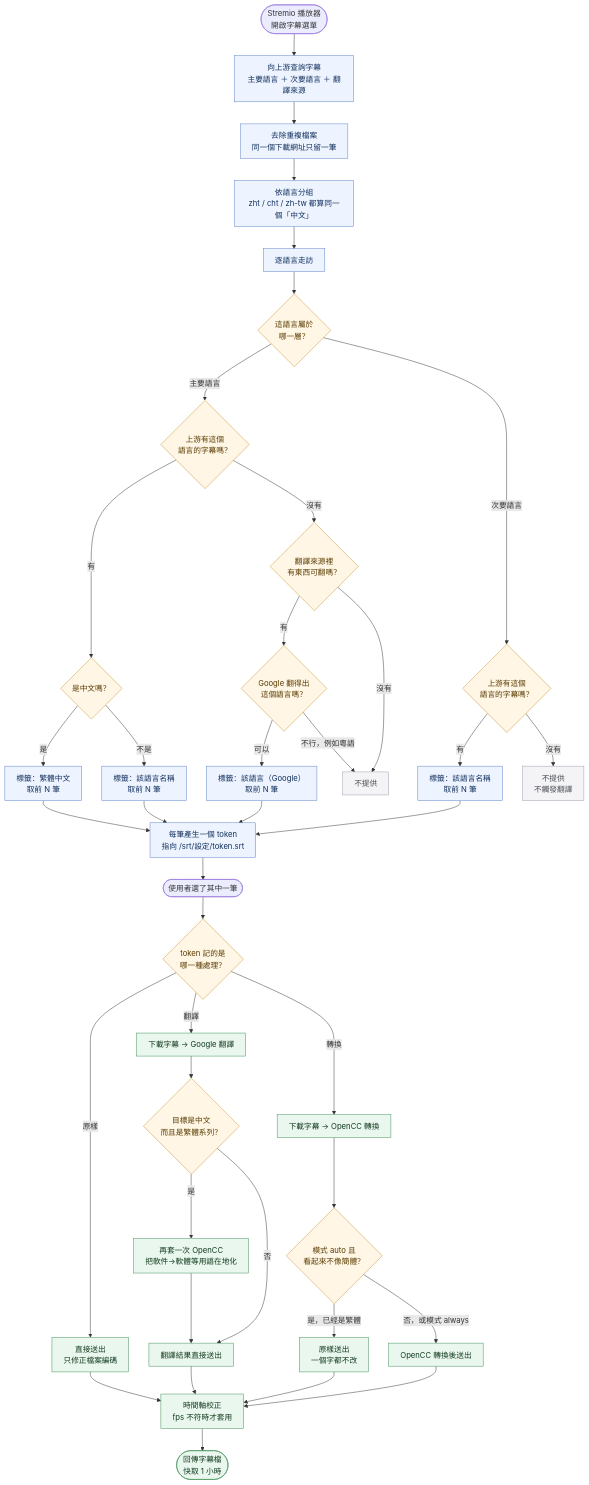
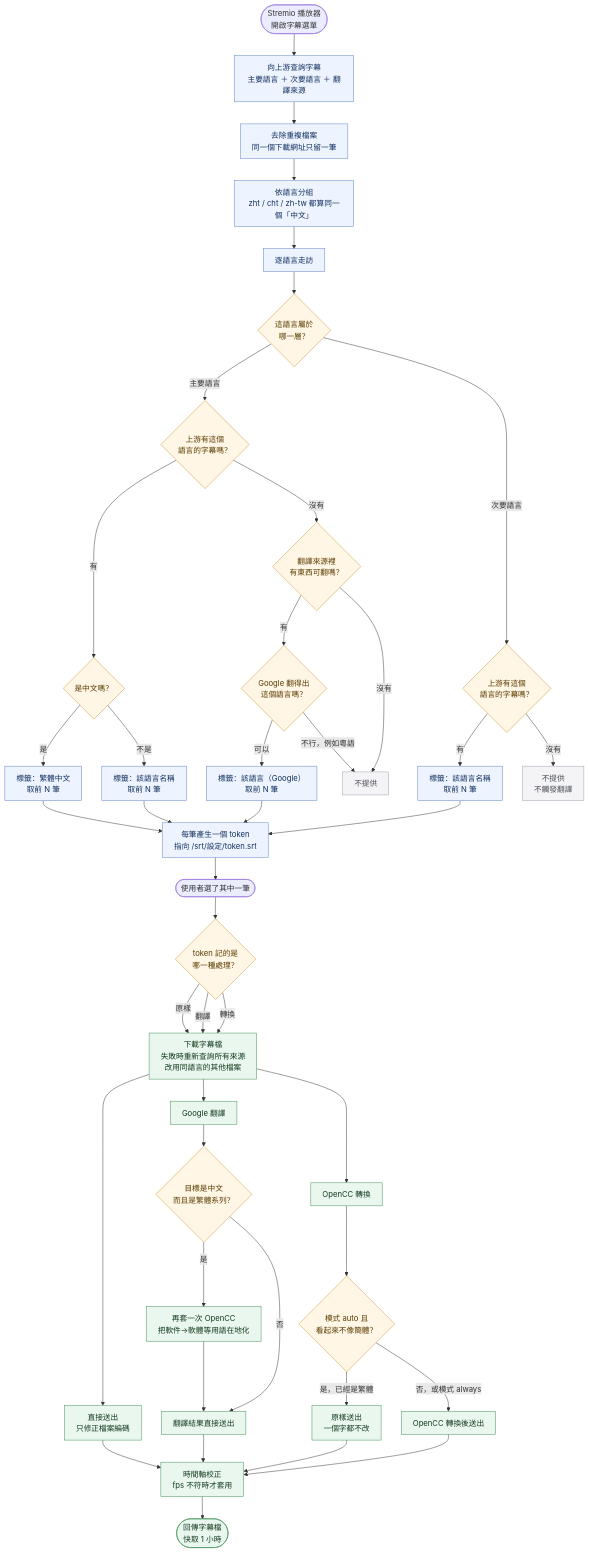
Before and after one commit to iamkuo/stremio_sub_plugin: the diagram in docs/subtitle-flow.mmd, drawn with Mermaid. The commit also changed 2 other files, not shown here.

```diff
--- a/docs/subtitle-flow.mmd
+++ b/docs/subtitle-flow.mmd
@@ -1,68 +1,72 @@
 ---
 config:
   flowchart:
     curve: basis
     nodeSpacing: 42
     rankSpacing: 46
     padding: 12
 ---
 flowchart TD
   START(["Stremio 播放器<br/>開啟字幕選單"]) --> FETCH["向上游查詢字幕<br/>主要語言 ＋ 次要語言 ＋ 翻譯來源"]
   FETCH --> DEDUP["去除重複檔案<br/>同一個下載網址只留一筆"]
   DEDUP --> GROUP["依語言分組<br/>zht / cht / zh-tw 都算同一個「中文」"]
   GROUP --> EACH["逐語言走訪"]
 
   EACH --> TIER{"這語言屬於<br/>哪一層？"}
 
   TIER -->|"主要語言"| P_HAS{"上游有這個<br/>語言的字幕嗎？"}
   P_HAS -->|"有"| LIST_ZH{"是中文嗎？"}
   P_HAS -->|"沒有"| P_LANG{"翻譯來源裡<br/>有東西可翻嗎？"}
 
   LIST_ZH -->|"是"| E_ZH["標籤：繁體中文<br/>取前 N 筆"]
   LIST_ZH -->|"不是"| E_NATIVE["標籤：該語言名稱<br/>取前 N 筆"]
 
   P_LANG -->|"有"| CAN{"Google 翻得出<br/>這個語言嗎？"}
   P_LANG -->|"沒有"| NONE["不提供"]
   CAN -->|"可以"| E_MACHINE["標籤：該語言（Google）<br/>取前 N 筆"]
   CAN -->|"不行，例如粵語"| NONE
 
   TIER -->|"次要語言"| S_HAS{"上游有這個<br/>語言的字幕嗎？"}
   S_HAS -->|"有"| E_NATIVE2["標籤：該語言名稱<br/>取前 N 筆"]
   S_HAS -->|"沒有"| SKIP["不提供<br/>不觸發翻譯"]
 
   E_ZH --> TOKEN
   E_NATIVE --> TOKEN
   E_NATIVE2 --> TOKEN
   E_MACHINE --> TOKEN
   TOKEN["每筆產生一個 token<br/>指向 /srt/設定/token.srt"]
 
   TOKEN --> PICK(["使用者選了其中一筆"])
   PICK --> WHICH{"token 記的是<br/>哪一種處理？"}
 
-  WHICH -->|"原樣"| RAW["直接送出<br/>只修正檔案編碼"]
-  WHICH -->|"翻譯"| TRANS["下載字幕 → Google 翻譯"]
-  WHICH -->|"轉換"| CONV["下載字幕 → OpenCC 轉換"]
+  WHICH -->|"原樣"| DL
+  WHICH -->|"翻譯"| DL
+  WHICH -->|"轉換"| DL
+  DL["下載字幕檔<br/>失敗時重新查詢所有來源<br/>改用同語言的其他檔案"]
+  DL --> RAW["直接送出<br/>只修正檔案編碼"]
+  DL --> TRANS["Google 翻譯"]
+  DL --> CONV["OpenCC 轉換"]
 
   CONV --> AUTO{"模式 auto 且<br/>看起來不像簡體？"}
   AUTO -->|"是，已經是繁體"| PASSTHRU["原樣送出<br/>一個字都不改"]
   AUTO -->|"否，或模式 always"| CONVERTED["OpenCC 轉換後送出"]
 
   TRANS --> TGT{"目標是中文<br/>而且是繁體系列？"}
   TGT -->|"是"| LOCALISE["再套一次 OpenCC<br/>把軟件→軟體等用語在地化"]
   TGT -->|"否"| TBODY["翻譯結果直接送出"]
   LOCALISE --> TBODY
 
   RAW --> FPS["時間軸校正<br/>fps 不符時才套用"]
   PASSTHRU --> FPS
   CONVERTED --> FPS
   TBODY --> FPS
   FPS --> DONE(["回傳字幕檔<br/>快取 1 小時"])
 
   classDef list fill:#eef4ff,stroke:#5b7fc7,color:#12305e
   classDef decide fill:#fff6e5,stroke:#c79330,color:#5a3c00
   classDef serve fill:#eaf7ee,stroke:#3f8f57,color:#123a1e
   classDef none fill:#f4f4f6,stroke:#9aa0ab,color:#4a4f57
   class FETCH,DEDUP,GROUP,EACH,E_ZH,E_NATIVE,E_NATIVE2,E_MACHINE,TOKEN list
   class TIER,P_HAS,LIST_ZH,P_LANG,CAN,S_HAS,WHICH,AUTO,TGT decide
-  class RAW,TRANS,CONV,PASSTHRU,CONVERTED,LOCALISE,TBODY,FPS,DONE serve
+  class DL,RAW,TRANS,CONV,PASSTHRU,CONVERTED,LOCALISE,TBODY,FPS,DONE serve
   class NONE,SKIP none
```
